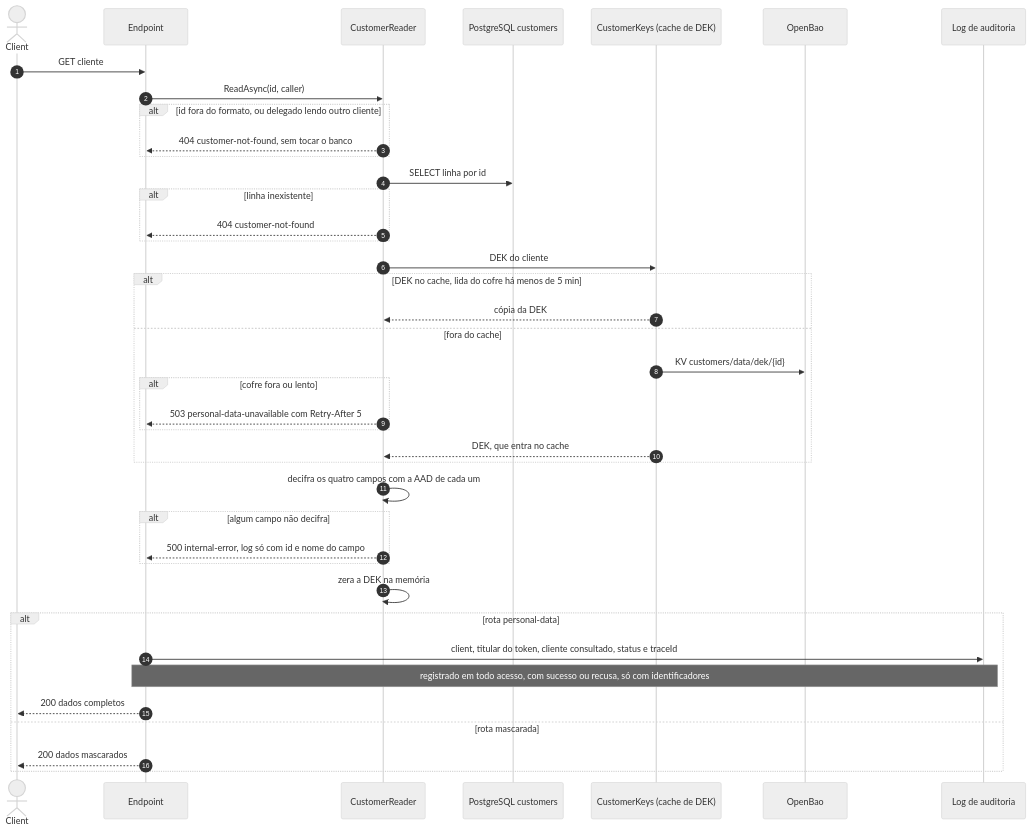
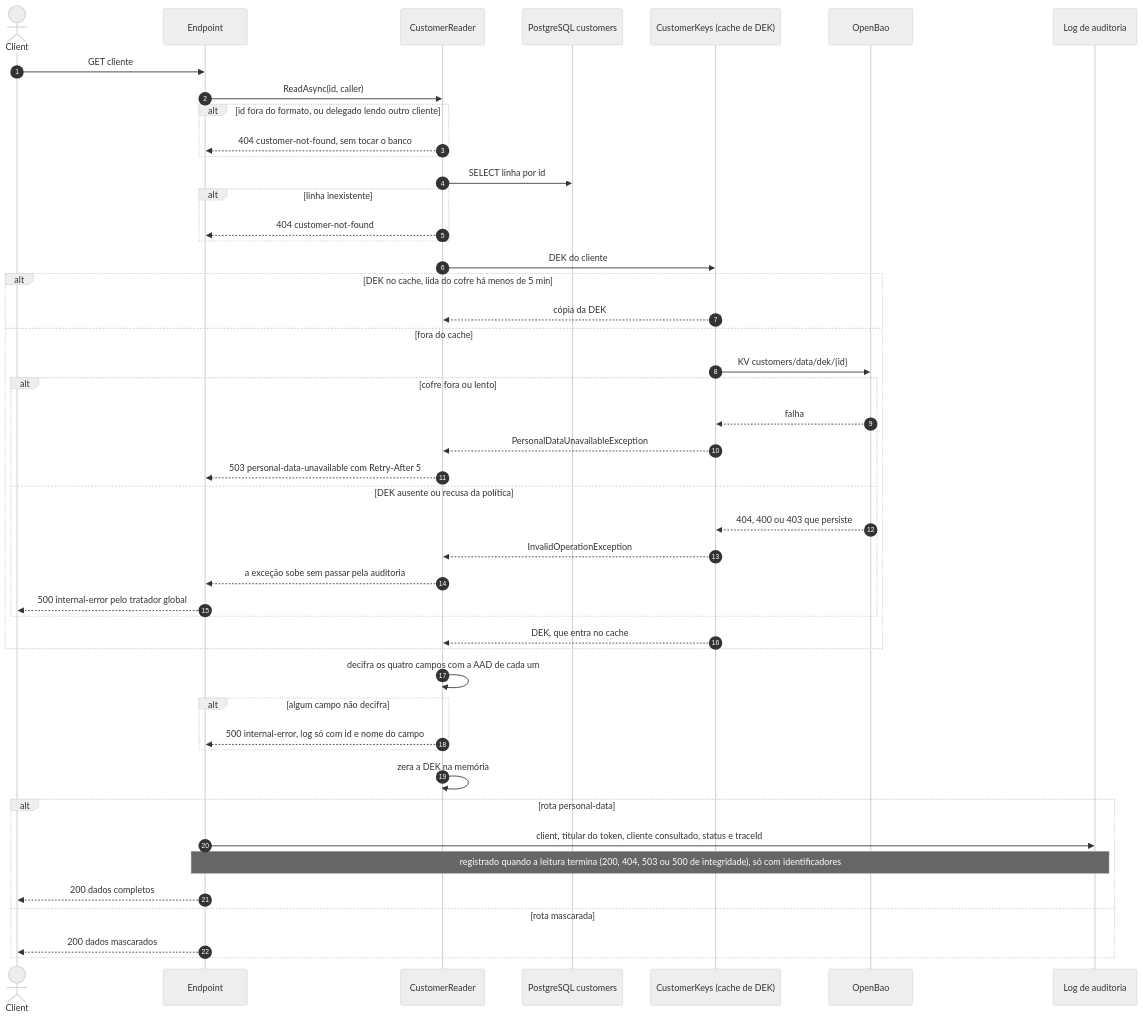
Before and after one commit to arthuurw/desafio-arquiteto-keyrus: the second of 2 diagrams in docs/arquitetura/fluxos-customers.md, drawn with Mermaid (neutral theme). The commit also changed other lines of this file and 3 other files, not shown here.

First line of the commit message:
docs(fluxos): match the flow diagrams to the code at HEAD

````diff
--- a/docs/arquitetura/fluxos-customers.md
+++ b/docs/arquitetura/fluxos-customers.md
@@ -74,43 +75,50 @@
 ```mermaid
 sequenceDiagram
   autonumber
   actor C as Client
   participant E as Endpoint
   participant RD as CustomerReader
   participant DB as PostgreSQL customers
   participant K as CustomerKeys (cache de DEK)
   participant V as OpenBao
   participant AU as Log de auditoria
 
   C->>E: GET cliente
   E->>RD: ReadAsync(id, caller)
   alt id fora do formato, ou delegado lendo outro cliente
     RD-->>E: 404 customer-not-found, sem tocar o banco
   end
   RD->>DB: SELECT linha por id
   alt linha inexistente
     RD-->>E: 404 customer-not-found
   end
   RD->>K: DEK do cliente
   alt DEK no cache, lida do cofre há menos de 5 min
     K-->>RD: cópia da DEK
   else fora do cache
     K->>V: KV customers/data/dek/{id}
     alt cofre fora ou lento
+      V-->>K: falha
+      K-->>RD: PersonalDataUnavailableException
       RD-->>E: 503 personal-data-unavailable com Retry-After 5
+    else DEK ausente ou recusa da política
+      V-->>K: 404, 400 ou 403 que persiste
+      K-->>RD: InvalidOperationException
+      RD-->>E: a exceção sobe sem passar pela auditoria
+      E-->>C: 500 internal-error pelo tratador global
     end
     K-->>RD: DEK, que entra no cache
   end
   RD->>RD: decifra os quatro campos com a AAD de cada um
   alt algum campo não decifra
     RD-->>E: 500 internal-error, log só com id e nome do campo
   end
   RD->>RD: zera a DEK na memória
   alt rota personal-data
     E->>AU: client, titular do token, cliente consultado, status e traceId
-    Note over E,AU: registrado em todo acesso, com sucesso ou recusa, só com identificadores
+    Note over E,AU: registrado quando a leitura termina (200, 404, 503 ou 500 de integridade), só com identificadores
     E-->>C: 200 dados completos
   else rota mascarada
     E-->>C: 200 dados mascarados
   end
 ```
````
